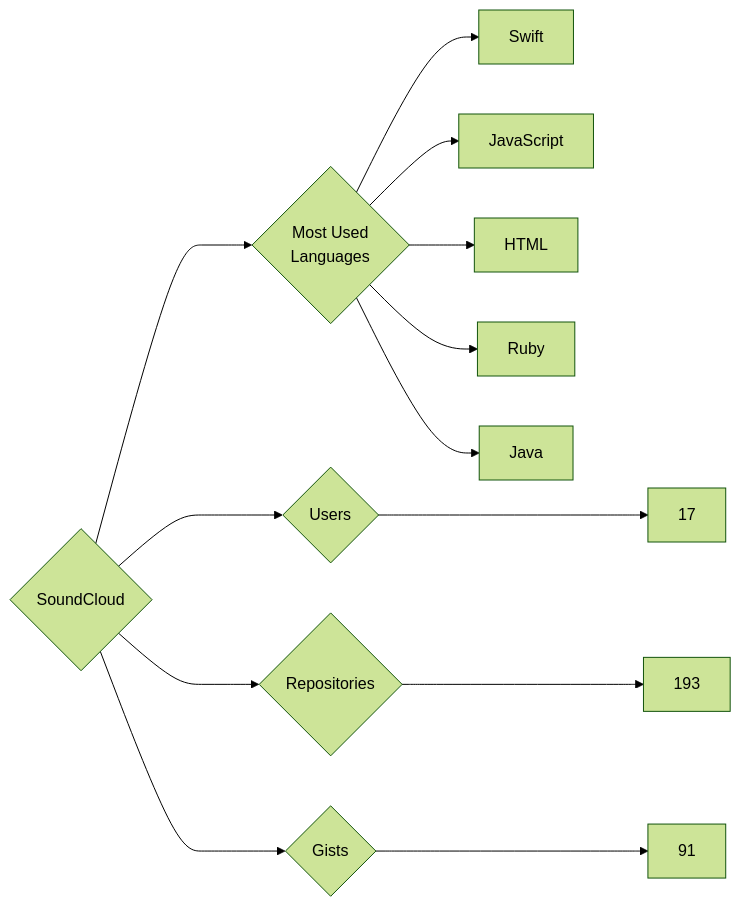
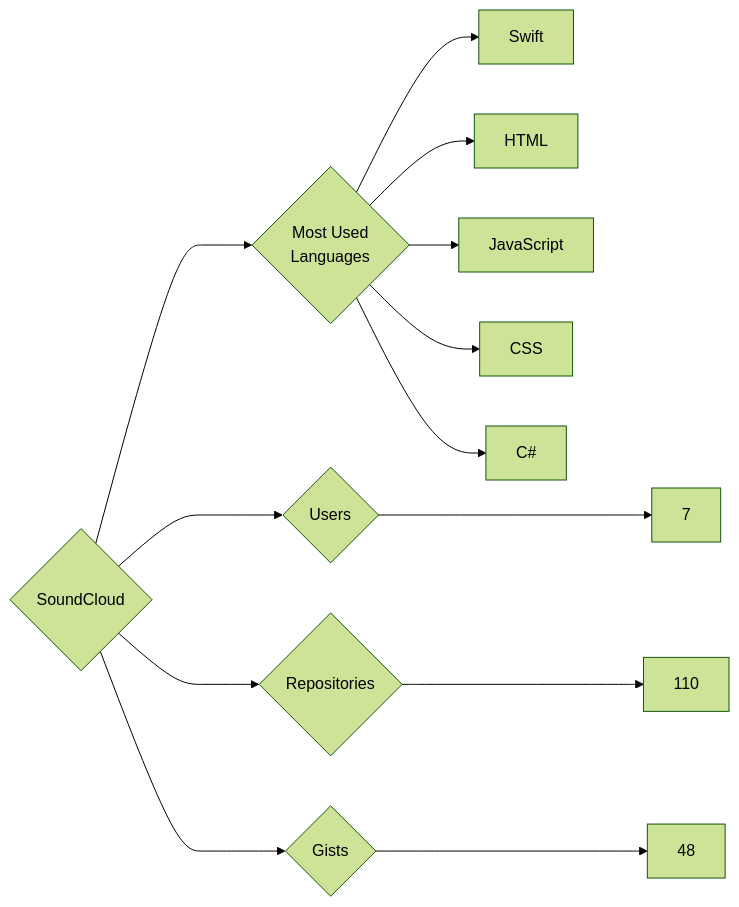
The diagram in targets/SoundCloud/README.md (trickest/insiders), drawn with Mermaid (forest theme) before and after one commit. The commit also changed 597 other files, not shown here.

````diff
--- a/targets/SoundCloud/README.md
+++ b/targets/SoundCloud/README.md
@@ -3,13 +3,13 @@
 ```mermaid
 graph LR
 COMPANY_NAME{SoundCloud}
-COMPANY_NAME ---> U{Users} ---> UN[17]
-COMPANY_NAME ---> R{Repositories} ---> RN[193]
-COMPANY_NAME ---> G{Gists} ---> GN[91]
+COMPANY_NAME ---> U{Users} ---> UN[7]
+COMPANY_NAME ---> R{Repositories} ---> RN[110]
+COMPANY_NAME ---> G{Gists} ---> GN[48]
 COMPANY_NAME ---> ML{Most Used<br>Languages}
 ML --> Swift[Swift]
+ML --> HTML[HTML]
 ML --> JavaScript[JavaScript]
-ML --> HTML[HTML]
-ML --> Ruby[Ruby]
-ML --> Java[Java]
+ML --> CSS[CSS]
+ML --> C#[C#]
 ```
````
